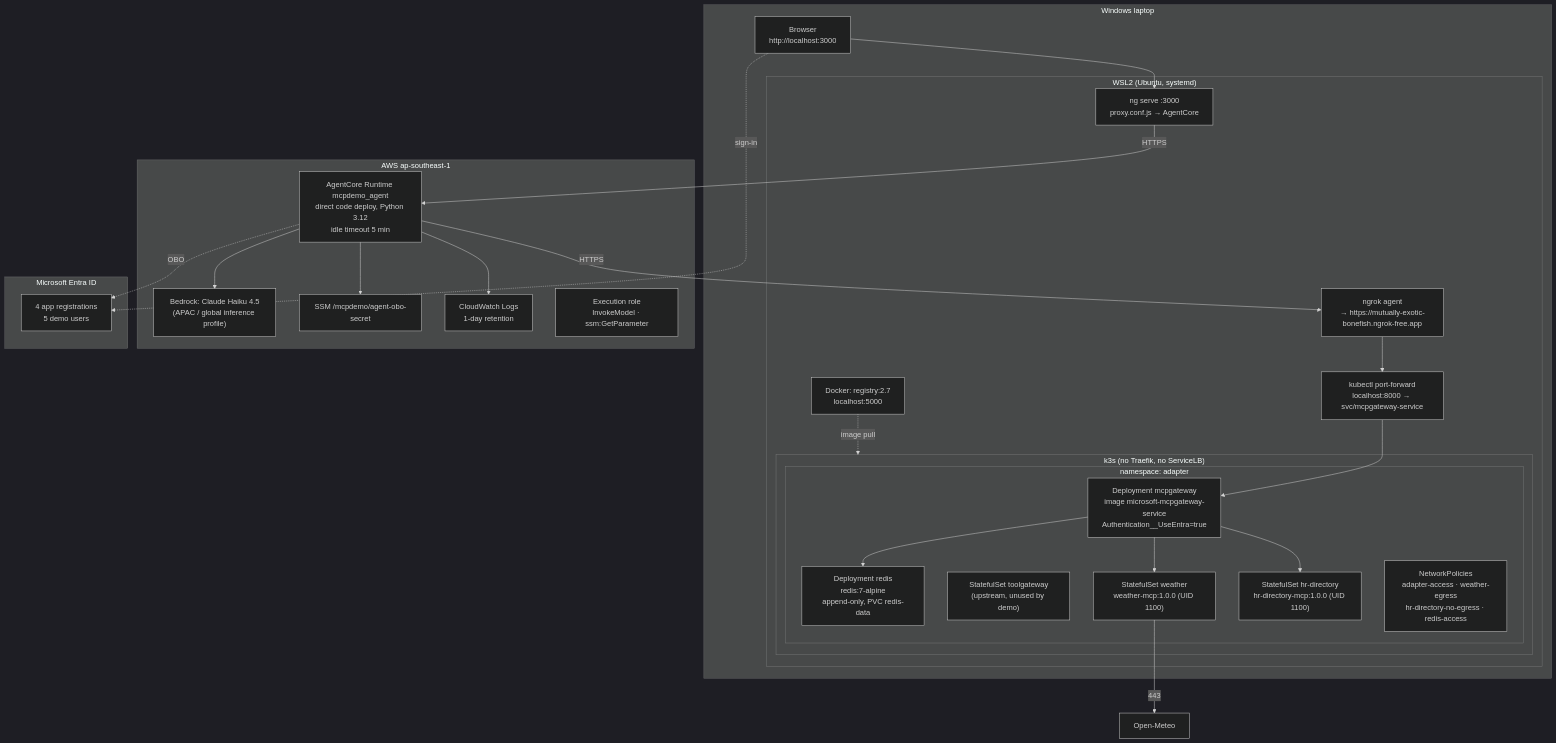
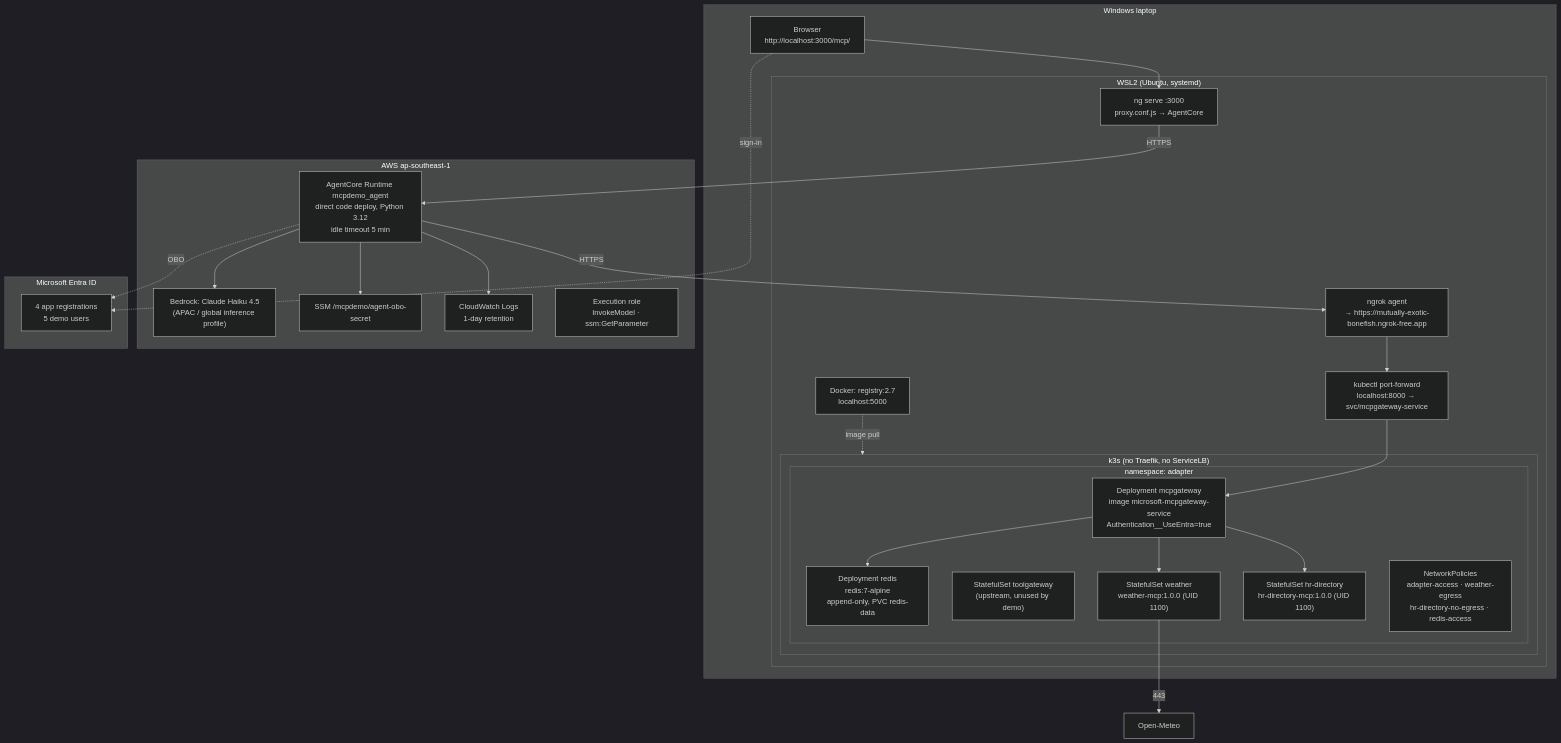
One commit to toopa2002/dtt-ai-sec-demo changed the sixth of 7 diagrams in docs/DEMO-GUIDE.md. Above: the diagram before and after it, drawn with Mermaid (dark theme). The commit also changed other lines of this file and 50 other files, not shown here.

````diff
--- a/docs/DEMO-GUIDE.md
+++ b/docs/DEMO-GUIDE.md
@@ -206,48 +206,48 @@
 ```mermaid
 flowchart TB
     subgraph WIN["Windows laptop"]
-        BROWSER["Browser<br/>http://localhost:3000"]
+        BROWSER["Browser<br/>http://localhost:3000/mcp/"]
         subgraph WSL["WSL2 (Ubuntu, systemd)"]
             NGROK["ngrok agent<br/>→ https://mutually-exotic-bonefish.ngrok-free.app"]
             PF["kubectl port-forward<br/>localhost:8000 → svc/mcpgateway-service"]
             NGSERVE["ng serve :3000<br/>proxy.conf.js → AgentCore"]
             REG["Docker: registry:2.7<br/>localhost:5000"]
             subgraph K3S["k3s (no Traefik, no ServiceLB)"]
                 subgraph NS["namespace: adapter"]
                     D_GW["Deployment mcpgateway<br/>image microsoft-mcpgateway-service<br/>Authentication__UseEntra=true"]
                     D_RD["Deployment redis<br/>redis:7-alpine<br/>append-only, PVC redis-data"]
                     S_TG["StatefulSet toolgateway<br/>(upstream, unused by demo)"]
                     S_W["StatefulSet weather<br/>weather-mcp:1.0.0 (UID 1100)"]
                     S_H["StatefulSet hr-directory<br/>hr-directory-mcp:1.0.0 (UID 1100)"]
                     NP["NetworkPolicies<br/>adapter-access · weather-egress<br/>hr-directory-no-egress · redis-access"]
                 end
             end
         end
     end
 
     subgraph AWS["AWS ap-southeast-1"]
         RT["AgentCore Runtime mcpdemo_agent<br/>direct code deploy, Python 3.12<br/>idle timeout 5 min"]
         BED["Bedrock: Claude Haiku 4.5<br/>(APAC / global inference profile)"]
         PARAM["SSM /mcpdemo/agent-obo-secret"]
         CW["CloudWatch Logs<br/>1-day retention"]
         IAM["Execution role<br/>InvokeModel · ssm:GetParameter"]
     end
 
     subgraph MS["Microsoft Entra ID"]
         APPS["4 app registrations<br/>5 demo users"]
     end
 
     BROWSER --> NGSERVE
     BROWSER -. sign-in .-> APPS
     NGSERVE -- HTTPS --> RT
     RT --> BED
     RT --> PARAM
     RT --> CW
     RT -. OBO .-> APPS
     RT -- HTTPS --> NGROK
     NGROK --> PF --> D_GW
     D_GW --> S_W & S_H
     D_GW --> D_RD
     REG -. image pull .-> K3S
     S_W -- "443" --> OM["Open-Meteo"]
 ```
````
